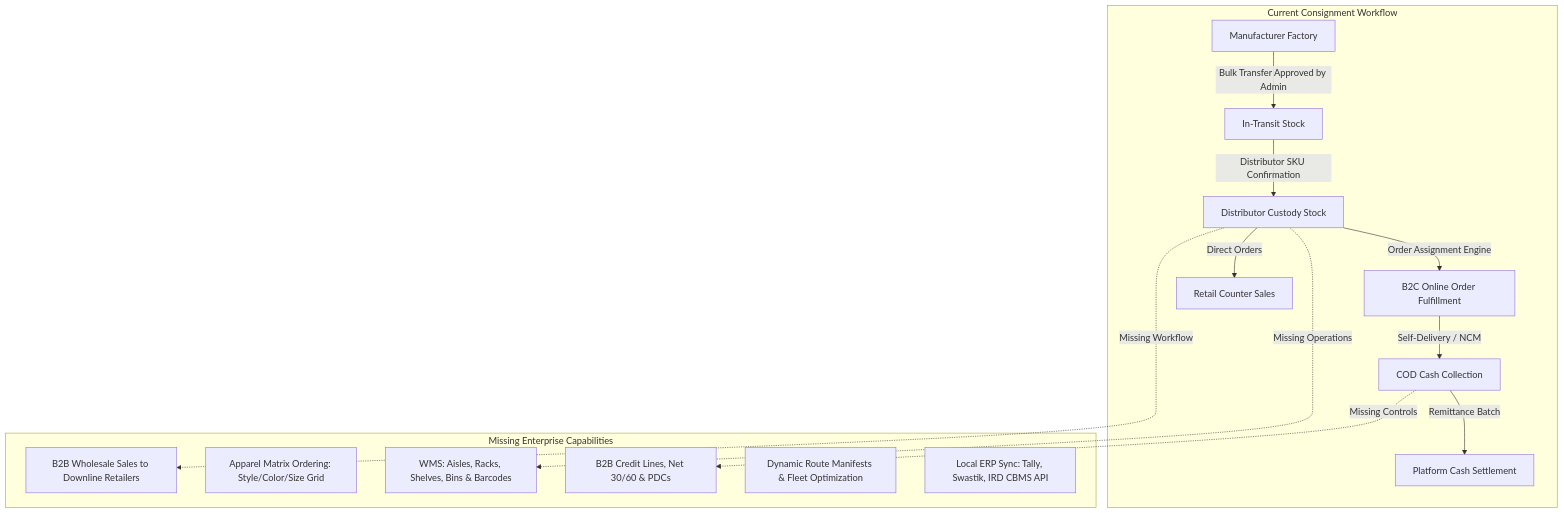
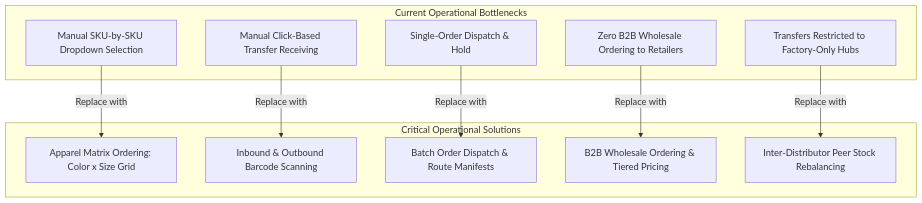
Before and after one commit to suvedisudip45-dev/JiyaCollections: the first of 3 diagrams in docs/distributor-perspective-analysis-and-roadmap.md, drawn with Mermaid. The commit also changed other lines of this file and 5 other files, not shown here.

````diff
--- a/docs/distributor-perspective-analysis-and-roadmap.md
+++ b/docs/distributor-perspective-analysis-and-roadmap.md
@@ -28,24 +28,24 @@
 ```mermaid
 flowchart TD
-    subgraph Current_Architecture [Current Consignment Workflow]
-        Factory[Manufacturer Factory] -->|Bulk Transfer Approved by Admin| InTransit[In-Transit Stock]
-        InTransit -->|Distributor SKU Confirmation| DistStock[Distributor Custody Stock]
-        DistStock -->|Order Assignment Engine| B2COrders[B2C Online Order Fulfillment]
-        DistStock -->|Direct Orders| CounterSale[Retail Counter Sales]
-        B2COrders -->|Self-Delivery / NCM| CashCollect[COD Cash Collection]
-        CashCollect -->|Remittance Batch| PlatformTreasury[Platform Cash Settlement]
+    subgraph Current_Bottlenecks [Current Operational Bottlenecks]
+        ManualEntry[Manual SKU-by-SKU Dropdown Selection]
+        ManualReceiving[Manual Click-Based Transfer Receiving]
+        SingleDispatch[Single-Order Dispatch & Hold]
+        NoB2B[Zero B2B Wholesale Ordering to Retailers]
+        RigidTransfers[Transfers Restricted to Factory-Only Hubs]
     end
 
-    subgraph Missing_Distributor_Capabilities [Missing Enterprise Capabilities]
-        B2BWholesale[B2B Wholesale Sales to Downline Retailers]
-        MatrixOrdering[Apparel Matrix Ordering: Style/Color/Size Grid]
-        WMSBins[WMS: Aisles, Racks, Shelves, Bins & Barcodes]
-        CreditTerms[B2B Credit Lines, Net 30/60 & PDCs]
-        RouteOptimization[Dynamic Route Manifests & Fleet Optimization]
-        ERPSync[Local ERP Sync: Tally, Swastik, IRD CBMS API]
+    subgraph Critical_Distributor_Needs [Critical Operational Solutions]
+        MatrixOrdering[Apparel Matrix Ordering: Color x Size Grid]
+        BarcodeScanning[Inbound & Outbound Barcode Scanning]
+        BatchRouteDispatch[Batch Order Dispatch & Route Manifests]
+        B2BWholesalePortal[B2B Wholesale Ordering & Tiered Pricing]
+        P2PRebalancing[Inter-Distributor Peer Stock Rebalancing]
     end
 
-    DistStock -.->|Missing Workflow| B2BWholesale
-    DistStock -.->|Missing Operations| WMSBins
-    CashCollect -.->|Missing Controls| CreditTerms
+    ManualEntry -->|Replace with| MatrixOrdering
+    ManualReceiving -->|Replace with| BarcodeScanning
+    SingleDispatch -->|Replace with| BatchRouteDispatch
+    NoB2B -->|Replace with| B2BWholesalePortal
+    RigidTransfers -->|Replace with| P2PRebalancing
 ```
````
